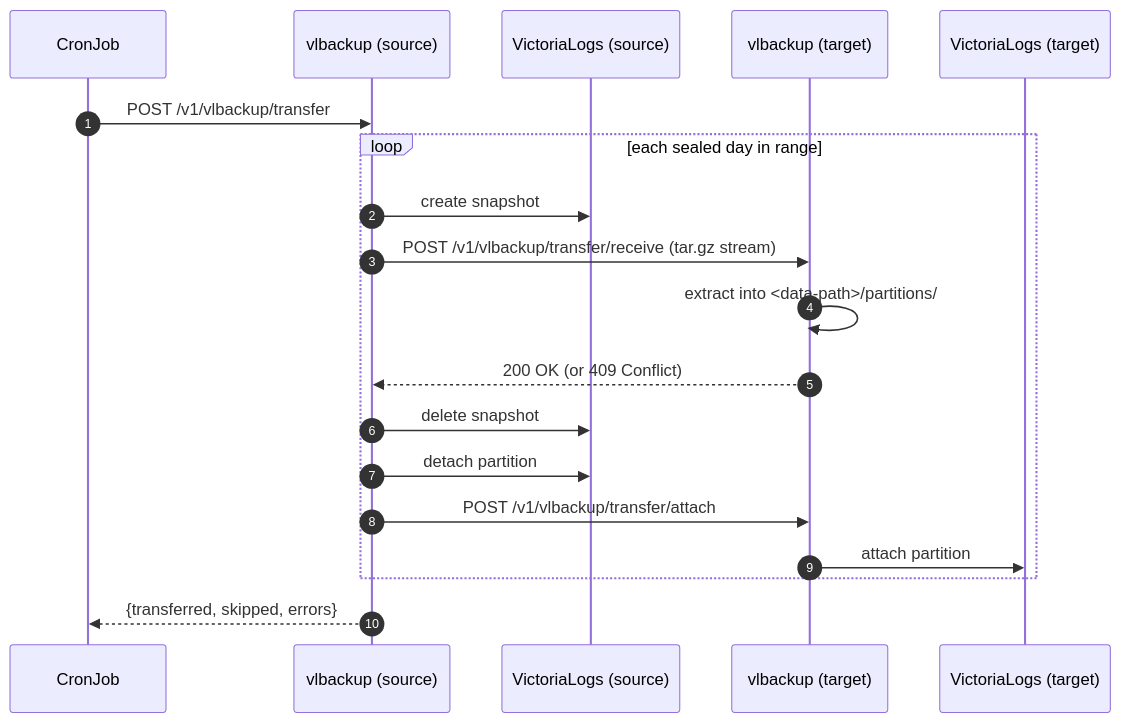
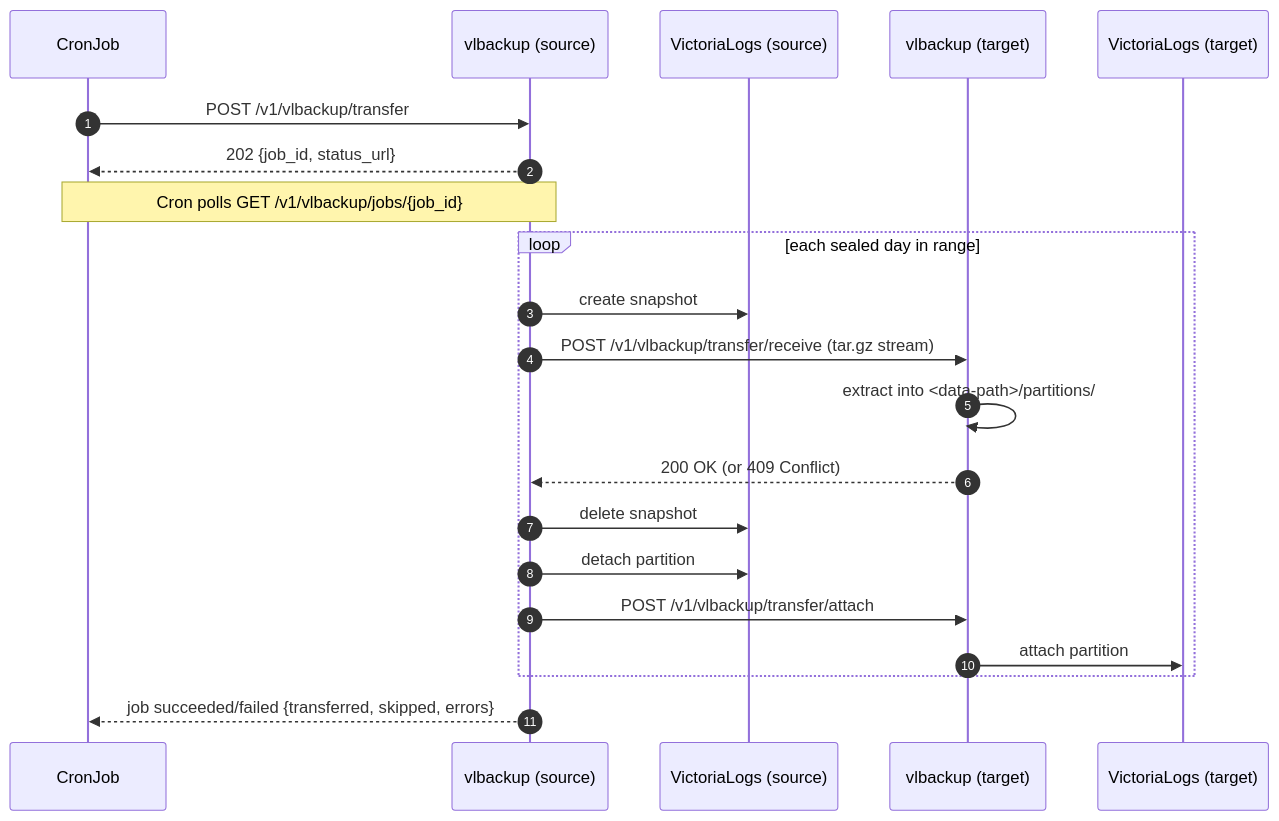
One commit to sbordeyne/vlbackup changed the diagram in docs/user-guide/partition-transfer.md. Above: the diagram before and after it, drawn with Mermaid. The commit also changed other lines of this file and 23 other files, not shown here.

````diff
--- a/docs/user-guide/partition-transfer.md
+++ b/docs/user-guide/partition-transfer.md
@@ -11,22 +11,24 @@
 ```mermaid
 sequenceDiagram
     autonumber
     participant Cron as CronJob
     participant Src as vlbackup (source)
     participant SrcVL as VictoriaLogs (source)
     participant Tgt as vlbackup (target)
     participant TgtVL as VictoriaLogs (target)
 
     Cron->>Src: POST /v1/vlbackup/transfer
+    Src-->>Cron: 202 {job_id, status_url}
+    Note over Cron,Src: Cron polls GET /v1/vlbackup/jobs/{job_id}
     loop each sealed day in range
         Src->>SrcVL: create snapshot
         Src->>Tgt: POST /v1/vlbackup/transfer/receive (tar.gz stream)
         Tgt->>Tgt: extract into <data-path>/partitions/
         Tgt-->>Src: 200 OK (or 409 Conflict)
         Src->>SrcVL: delete snapshot
         Src->>SrcVL: detach partition
         Src->>Tgt: POST /v1/vlbackup/transfer/attach
         Tgt->>TgtVL: attach partition
     end
-    Src-->>Cron: {transferred, skipped, errors}
+    Src-->>Cron: job succeeded/failed {transferred, skipped, errors}
 ```
````
